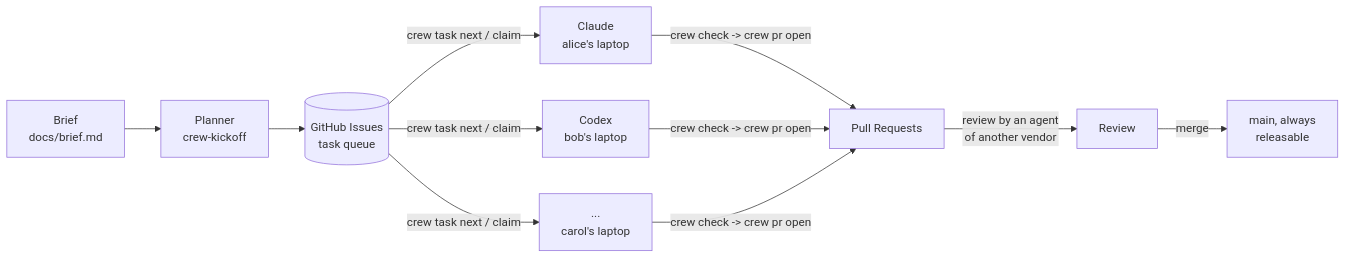
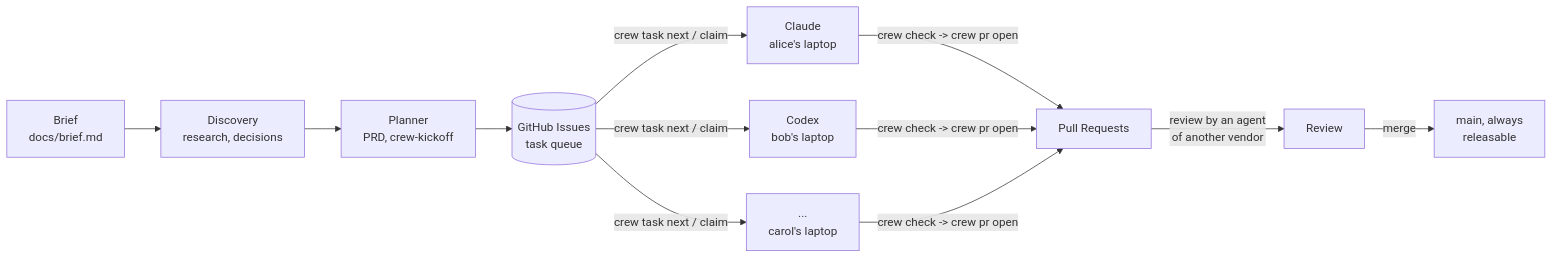
Before and after one commit to GredesCerber/agent-crew: the diagram in README.md, drawn with Mermaid. The commit also changed other lines of this file and 2 other files, not shown here.

````diff
--- a/README.md
+++ b/README.md
@@ -37,11 +37,12 @@
 ```mermaid
 flowchart LR
-    B[Brief<br/>docs/brief.md] --> P[Planner<br/>crew-kickoff]
+    B[Brief<br/>docs/brief.md] --> D[Discovery<br/>research, decisions]
+    D --> P[Planner<br/>PRD, crew-kickoff]
     P --> Q[(GitHub Issues<br/>task queue)]
     Q -->|crew task next / claim| W1[Claude<br/>alice's laptop]
     Q -->|crew task next / claim| W2[Codex<br/>bob's laptop]
     Q -->|crew task next / claim| W3[...<br/>carol's laptop]
     W1 & W2 & W3 -->|crew check -> crew pr open| PR[Pull Requests]
     PR -->|review by an agent<br/>of another vendor| R[Review]
     R -->|merge| M[main, always<br/>releasable]
 ```
````
